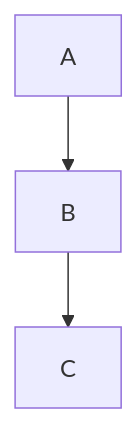
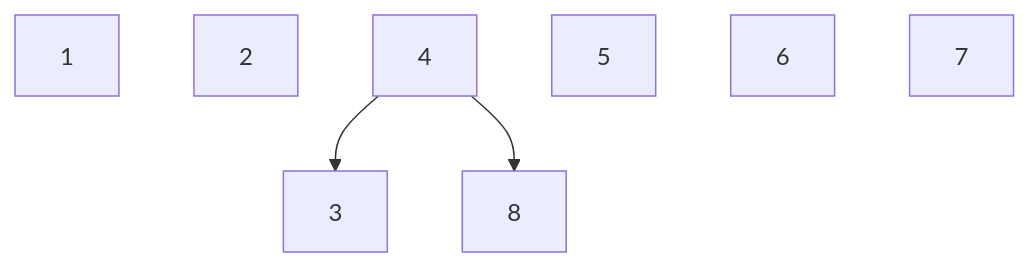
Before and after one commit to sammaji/data-structure-and-algorithms: the third of 5 diagrams in UnionFind/WeightedQuickUnionDemo.md, drawn with Mermaid. The commit also changed other lines of this file, not shown here.

````diff
--- a/UnionFind/WeightedQuickUnionDemo.md
+++ b/UnionFind/WeightedQuickUnionDemo.md
@@ -1,5 +21,4 @@
 ``` mermaid
 graph TD;
-    A --> B;
-    B --> C;
+    1; 2; 4-->3; 5; 6; 7; 4-->8;
 ```
````
